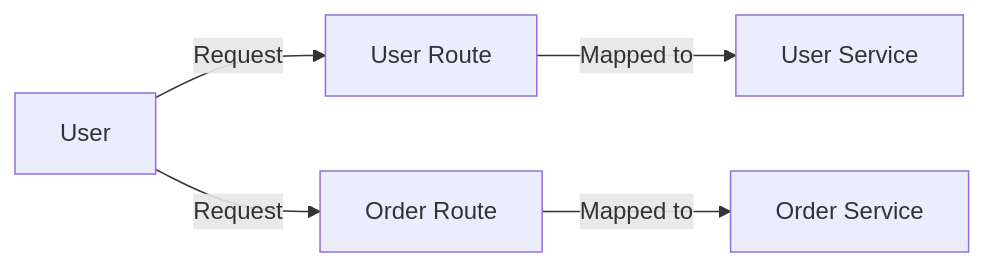
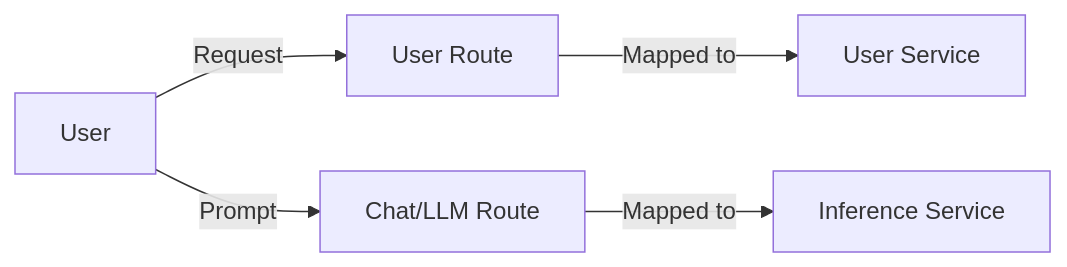
Before and after one commit to susmitpy/talks: the third of 7 diagrams in authnz_obs.md, drawn with Mermaid. The commit also changed other lines of this file, not shown here.

````diff
--- a/authnz_obs.md
+++ b/authnz_obs.md
@@ -166,10 +168,10 @@
 ```mermaid
 graph LR
 
 U[User] -->|Request| UR[User Route]
 
-U --> |Request| OR[Order Route]
+U --> |Prompt| CR[Chat/LLM Route]
 
 UR --> |Mapped to| US[User Service]
-OR --> |Mapped to| OS[Order Service]
+CR --> |Mapped to| IS[Inference Service]
 ```
````
